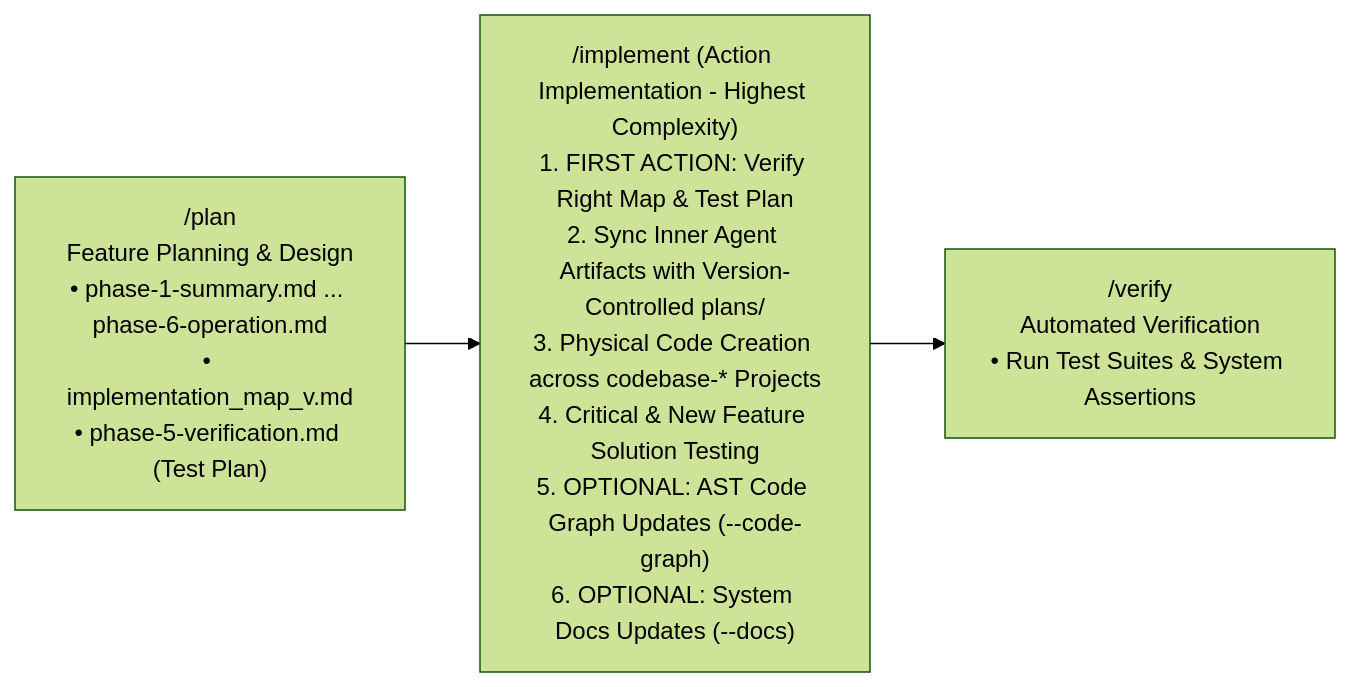
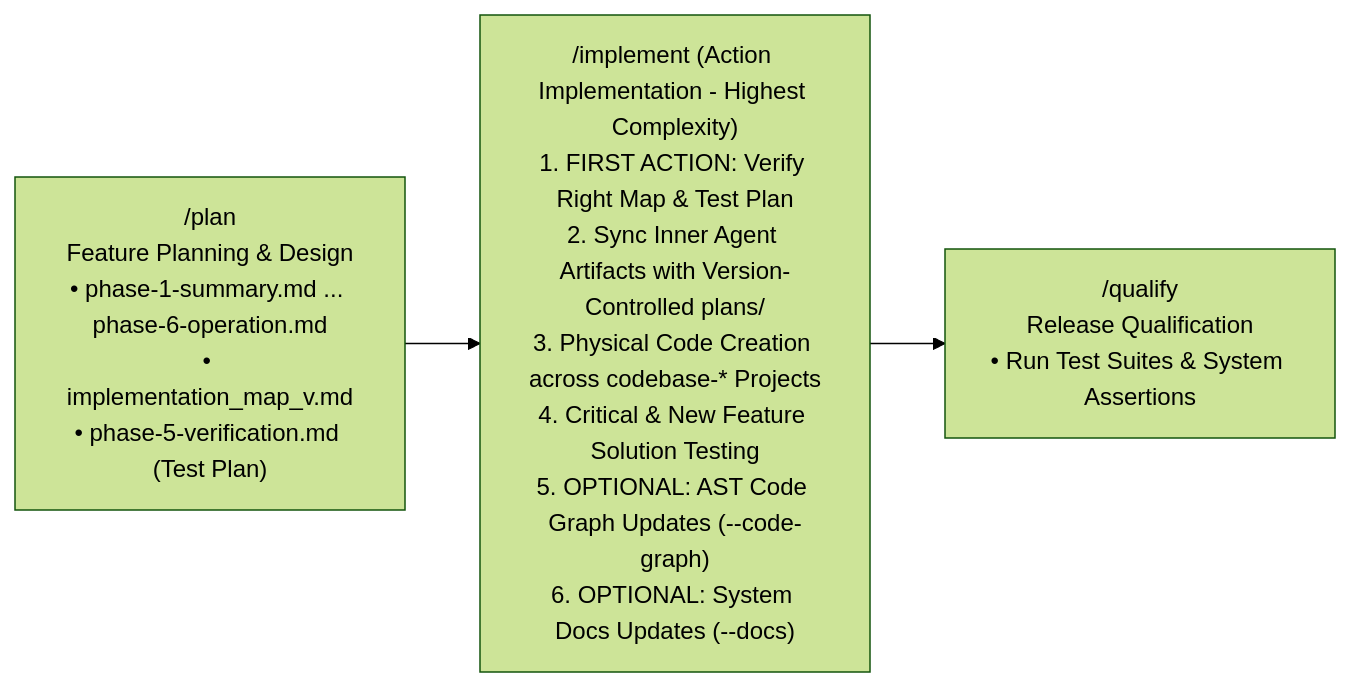
The first of 3 diagrams in software_dev_elements/implement/implement_workflow.md (hrvthgergo/agent-driven-templates), drawn with Mermaid (forest theme) before and after one commit. The commit also changed other lines of this file and 10 other files, not shown here.

Commit message:
docs: rename /verify to /qualify workflow and add design vocabulary rationale

````diff
--- a/software_dev_elements/implement/implement_workflow.md
+++ b/software_dev_elements/implement/implement_workflow.md
@@ -11,6 +11,6 @@
 ```mermaid
 graph LR
     Plan["/plan<br/>Feature Planning & Design<br/>• phase-1-summary.md ... phase-6-operation.md<br/>• implementation_map_v<version>.md<br/>• phase-5-verification.md (Test Plan)"] 
     --> Implement["/implement (Action Implementation - Highest Complexity)<br/>1. FIRST ACTION: Verify Right Map & Test Plan<br/>2. Sync Inner Agent Artifacts with Version-Controlled plans/<br/>3. Physical Code Creation across codebase-* Projects<br/>4. Critical & New Feature Solution Testing<br/>5. OPTIONAL: AST Code Graph Updates (--code-graph)<br/>6. OPTIONAL: System Docs Updates (--docs)"]
-    --> Verify["/verify<br/>Automated Verification<br/>• Run Test Suites & System Assertions"]
+    --> Qualify["/qualify<br/>Release Qualification<br/>• Run Test Suites & System Assertions"]
 ```
````
